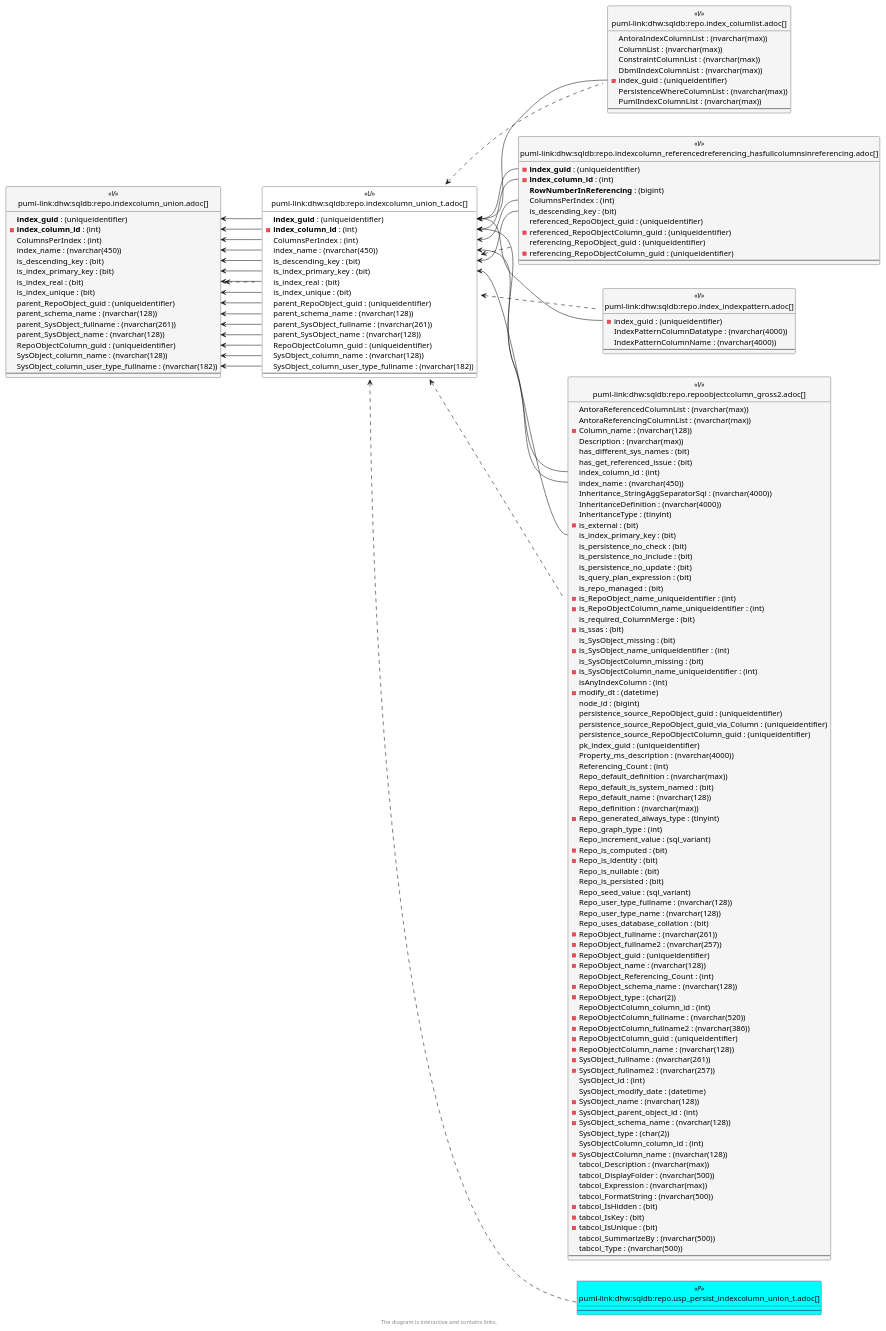
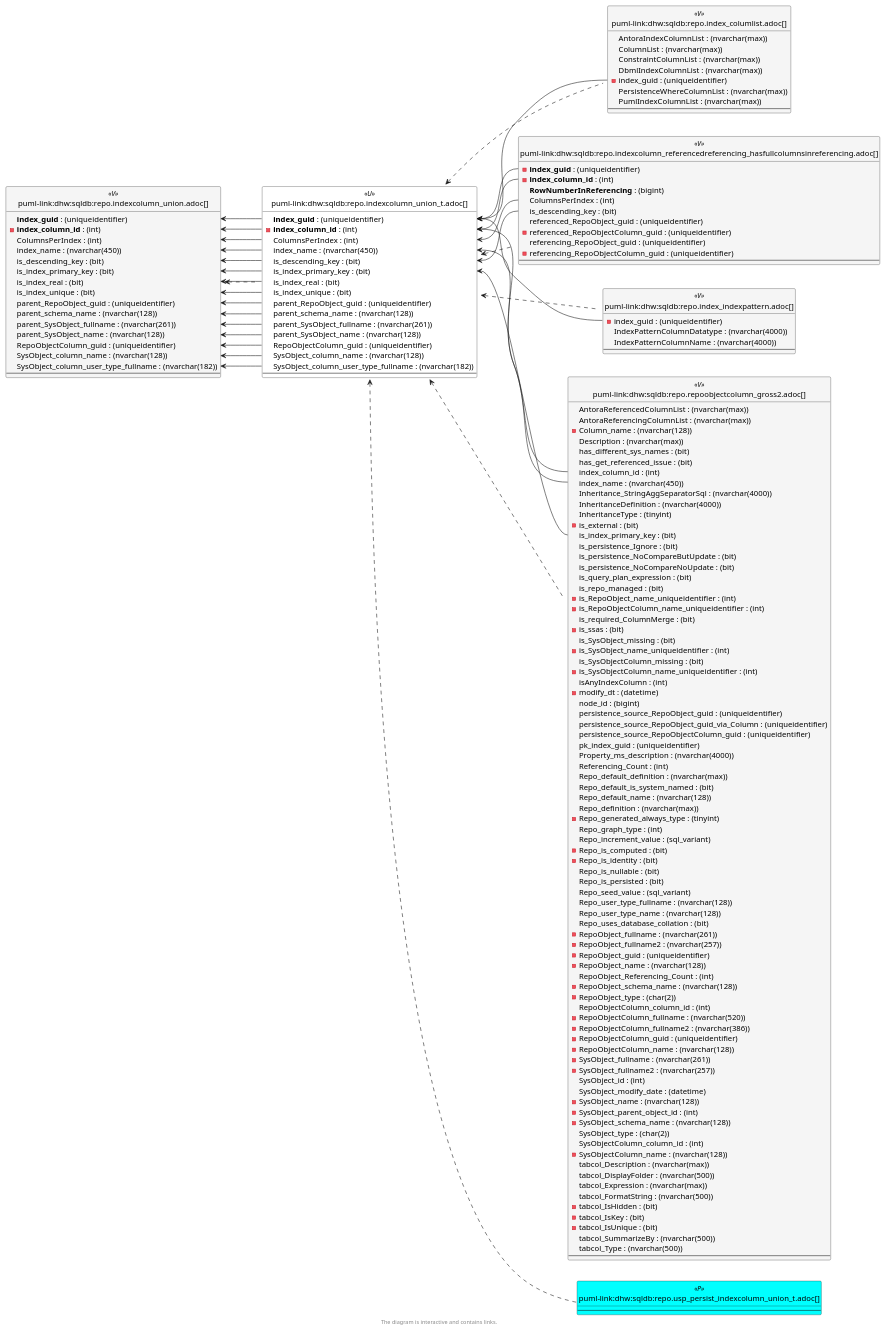
One commit to DataHandwerk/dhw-antora-sqldb changed the sixth of 6 diagrams in docs/modules/sqldb/partials/content/repo.indexcolumn_union_t.adoc. Above: the diagram before and after it, drawn with PlantUML. The commit also changed other lines of this file and 751 other files, not shown here.

```diff
--- a/docs/modules/sqldb/partials/content/repo.indexcolumn_union_t.adoc
+++ b/docs/modules/sqldb/partials/content/repo.indexcolumn_union_t.adoc
@@ -2312,9 +2312,9 @@
   InheritanceType : (tinyint)
   - is_external : (bit)
   is_index_primary_key : (bit)
-  is_persistence_no_check : (bit)
-  is_persistence_no_include : (bit)
-  is_persistence_no_update : (bit)
+  is_persistence_Ignore : (bit)
+  is_persistence_NoCompareButUpdate : (bit)
+  is_persistence_NoCompareNoUpdate : (bit)
   is_query_plan_expression : (bit)
   is_repo_managed : (bit)
   - is_RepoObject_name_uniqueidentifier : (int)
@@ -2388,11 +2388,11 @@
 }
 
 repo.IndexColumn_union <.. repo.IndexColumn_union_T
+repo.IndexColumn_union_T <.. repo.Index_IndexPattern
 repo.IndexColumn_union_T <.. repo.Index_ColumList
 repo.IndexColumn_union_T <.. repo.RepoObjectColumn_gross2
 repo.IndexColumn_union_T <.. repo.usp_PERSIST_IndexColumn_union_T
 repo.IndexColumn_union_T <.. repo.IndexColumn_ReferencedReferencing_HasFullColumnsInReferencing
-repo.IndexColumn_union_T <.. repo.Index_IndexPattern
 "repo.IndexColumn_union::ColumnsPerIndex" <-- "repo.IndexColumn_union_T::ColumnsPerIndex"
 "repo.IndexColumn_union::index_column_id" <-- "repo.IndexColumn_union_T::index_column_id"
 "repo.IndexColumn_union::index_guid" <-- "repo.IndexColumn_union_T::index_guid"
```
